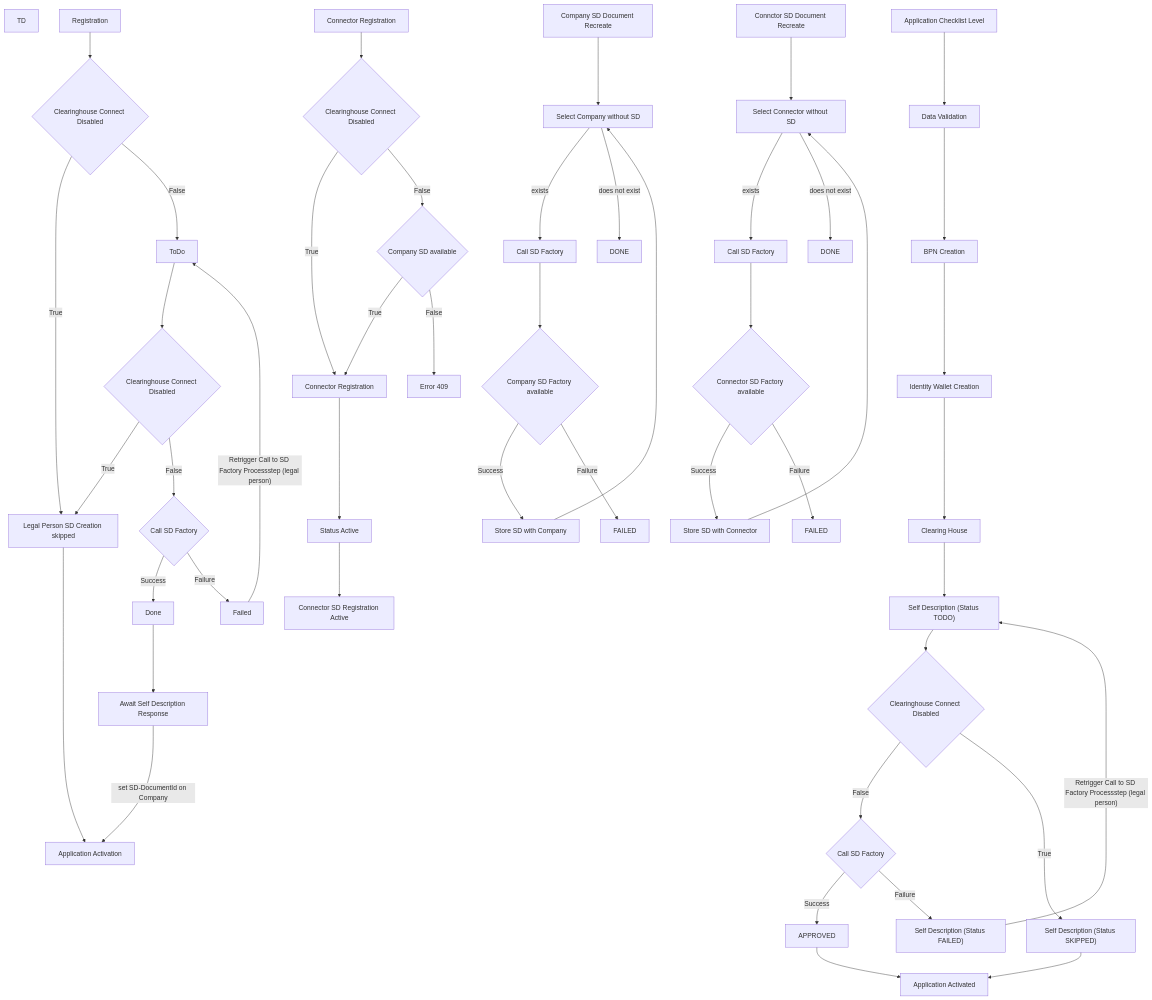
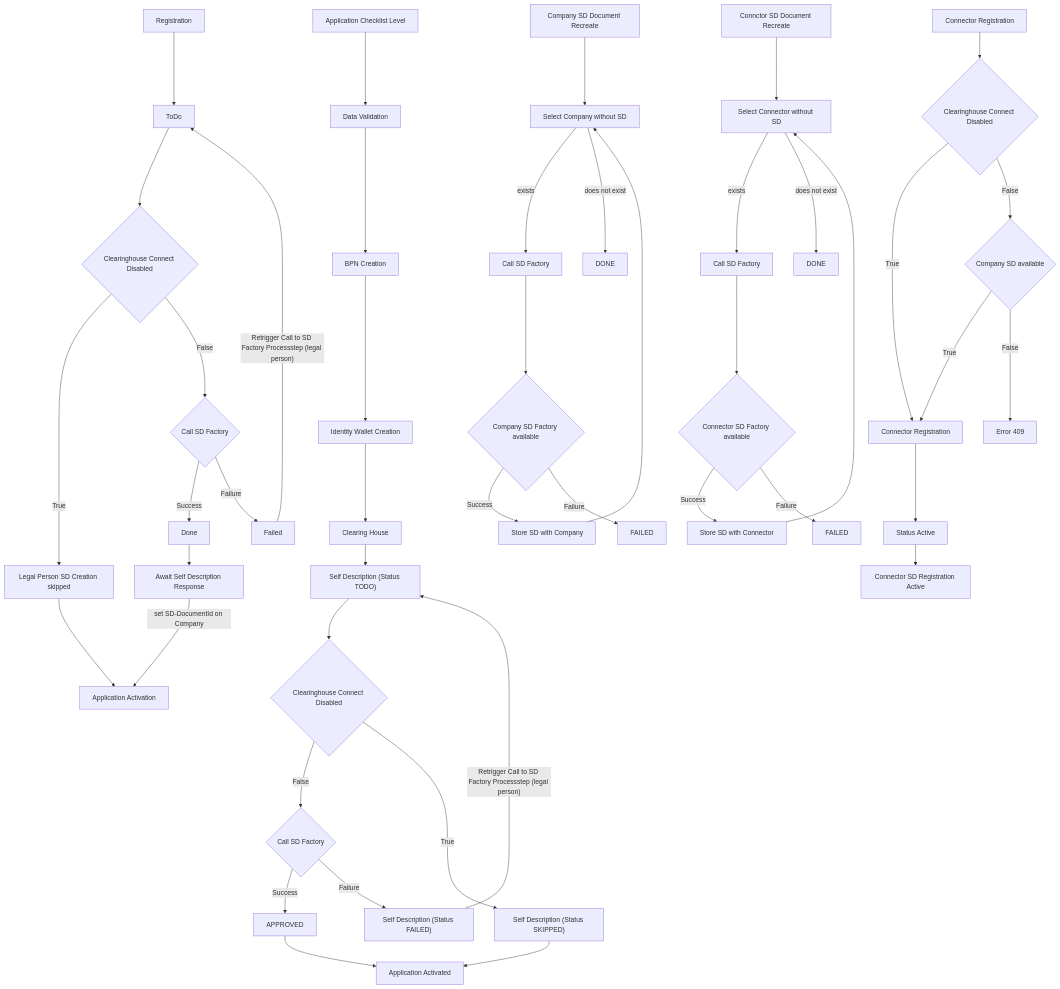
The diagram in docs/developer/01. Registration/04. Registration Approval/Toogle.md (eclipse-tractusx/portal-assets), drawn with Mermaid before and after one commit.

````diff
--- a/docs/developer/01. Registration/04. Registration Approval/Toogle.md
+++ b/docs/developer/01. Registration/04. Registration Approval/Toogle.md
@@ -1,13 +1,9 @@
 ```mermaid
 flowchart TD
-    TD
     A[Registration]
-    B{Clearinghouse Connect Disabled}
-    A --> B
+    A --> D 
     C[Legal Person SD Creation skipped]
     D[ToDo]
-    B -->|True| C
-    B -->|False| D
     E[Done]
     F[Failed]
     H{Clearinghouse Connect Disabled}
````
